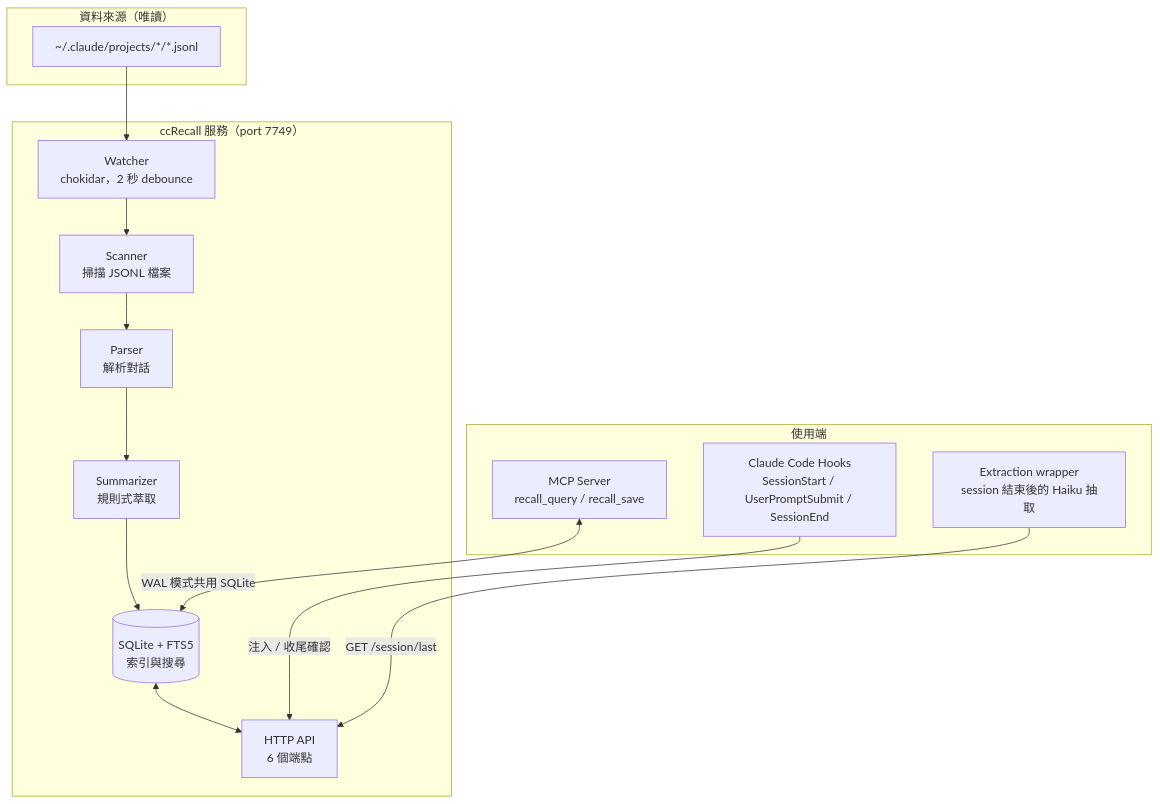
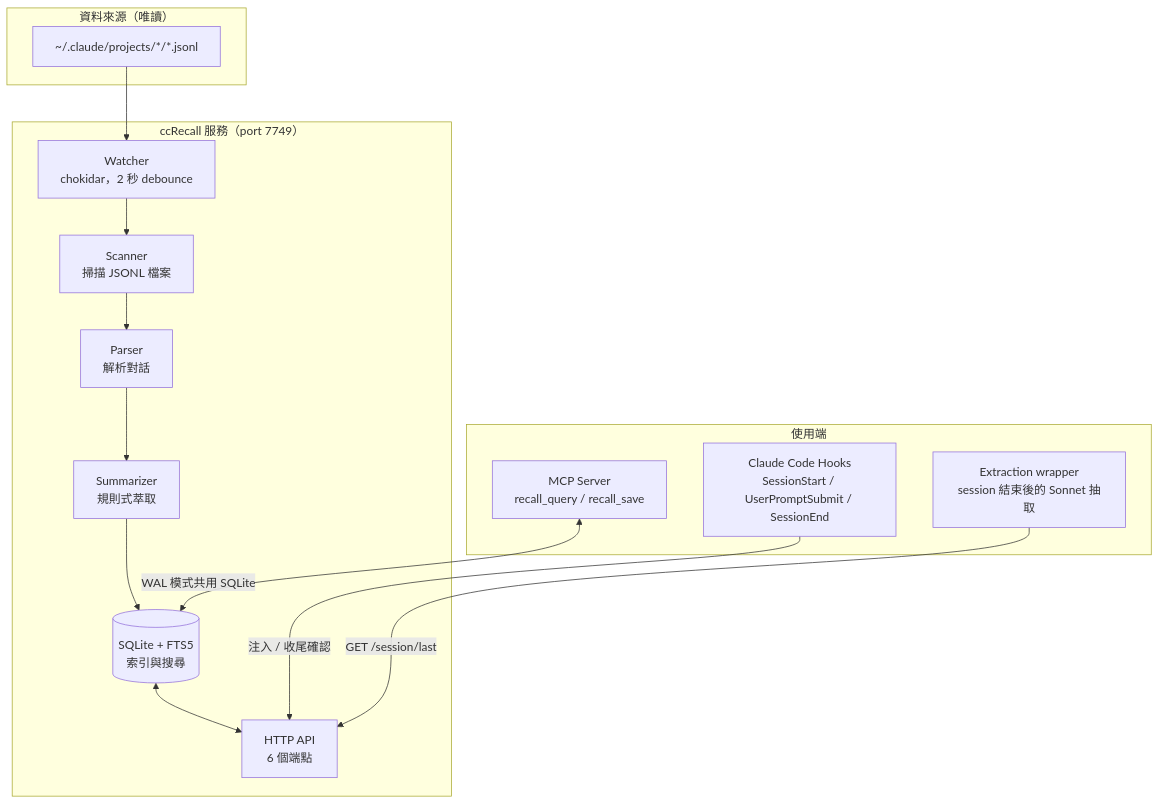
The first of 2 diagrams in README_ZH.md (tznthou/ccRecall), drawn with Mermaid before and after one commit. The commit also changed other lines of this file and 3 other files, not shown here.

````diff
--- a/README_ZH.md
+++ b/README_ZH.md
@@ -80,27 +80,27 @@
 ```mermaid
 flowchart TB
     subgraph Input["資料來源（唯讀）"]
         JSONL["~/.claude/projects/*/*.jsonl"]
     end
 
     subgraph Core["ccRecall 服務（port 7749）"]
         Watcher["Watcher<br/>chokidar，2 秒 debounce"]
         Scanner["Scanner<br/>掃描 JSONL 檔案"]
         Parser["Parser<br/>解析對話"]
         Summarizer["Summarizer<br/>規則式萃取"]
         DB[("SQLite + FTS5<br/>索引與搜尋")]
         API["HTTP API<br/>6 個端點"]
     end
 
     subgraph Consumers["使用端"]
         Hook["Claude Code Hooks<br/>SessionStart / UserPromptSubmit / SessionEnd"]
-        Wrapper["Extraction wrapper<br/>session 結束後的 Haiku 抽取"]
+        Wrapper["Extraction wrapper<br/>session 結束後的 Sonnet 抽取"]
         MCP["MCP Server<br/>recall_query / recall_save"]
     end
 
     JSONL --> Watcher --> Scanner --> Parser --> Summarizer --> DB
     DB <--> API
     Hook -->|"注入 / 收尾確認"| API
     Wrapper -->|"GET /session/last"| API
     MCP <-->|"WAL 模式共用 SQLite"| DB
 ```
````
